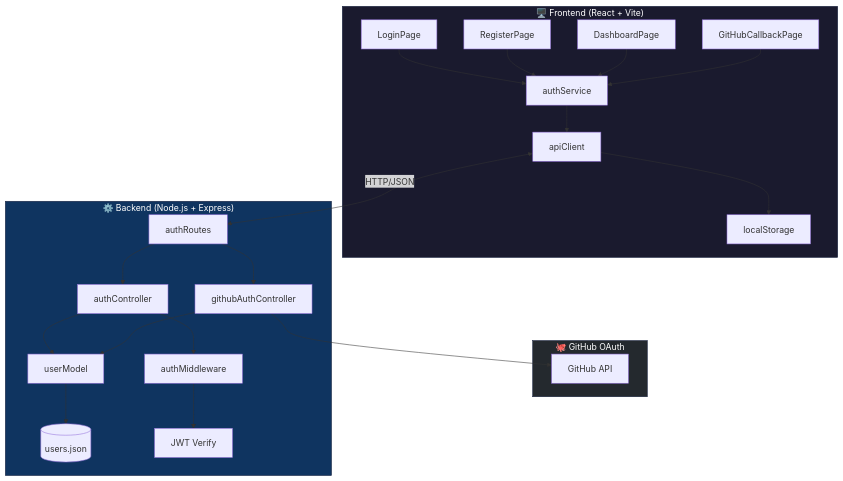
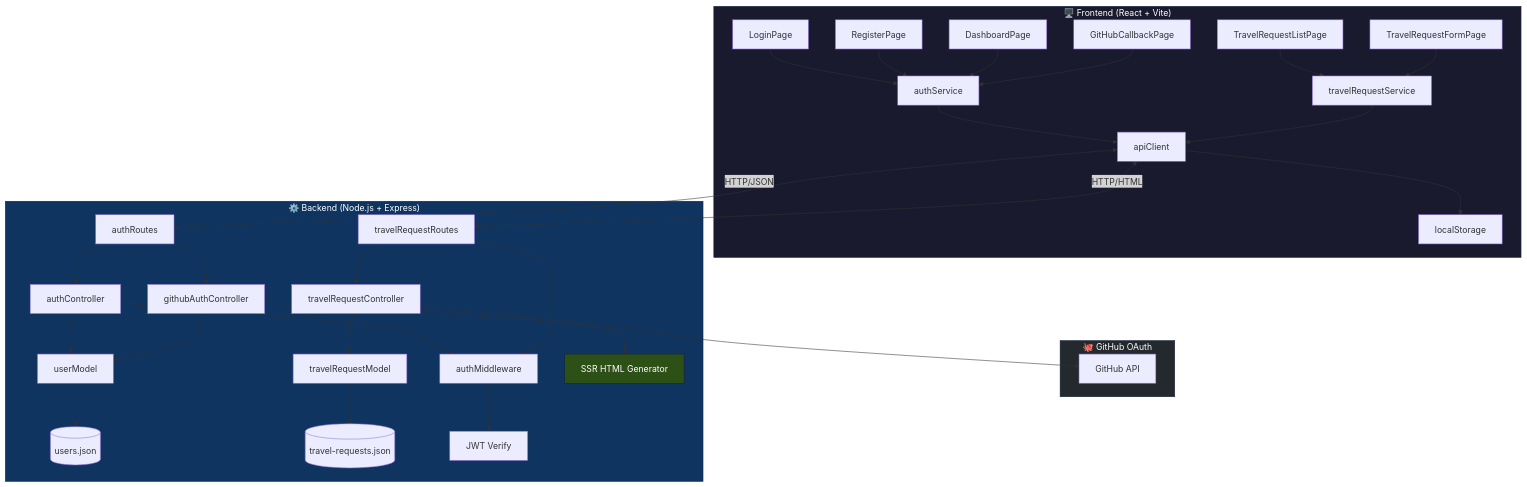
Before and after one commit to RodrigoSanchezDev/password-agencia-viajes-oeste-frontend-react-vite-auth: the first of 4 diagrams in README.md, drawn with Mermaid. The commit also changed other lines of this file and 25 other files, not shown here.

````diff
--- a/README.md
+++ b/README.md
@@ -82,32 +104,42 @@
 ```mermaid
 graph TB
     subgraph Cliente["🖥️ Frontend (React + Vite)"]
         A[LoginPage] --> B[authService]
         C[RegisterPage] --> B
         D[DashboardPage] --> B
         GH[GitHubCallbackPage] --> B
+        TR[TravelRequestListPage] --> TRS[travelRequestService]
+        TRF[TravelRequestFormPage] --> TRS
         B --> E[apiClient]
+        TRS --> E
         E --> F[localStorage]
     end
     
     subgraph OAuth["🐙 GitHub OAuth"]
         O[GitHub API]
     end
     
     subgraph Servidor["⚙️ Backend (Node.js + Express)"]
         G[authRoutes] --> H[authController]
         G --> HC[githubAuthController]
+        TRR[travelRequestRoutes] --> TRC[travelRequestController]
         H --> I[authMiddleware]
+        TRR --> I
         H --> J[userModel]
         HC --> J
+        TRC --> TRM[travelRequestModel]
         HC --> O
         J --> K[(users.json)]
+        TRM --> KT[(travel-requests.json)]
         I --> L[JWT Verify]
+        TRC --> SSR[SSR HTML Generator]
     end
     
     E <-->|HTTP/JSON| G
+    E <-->|HTTP/HTML| TRR
     
     style Cliente fill:#1a1a2e,stroke:#16213e,color:#fff
     style Servidor fill:#0f3460,stroke:#16213e,color:#fff
     style OAuth fill:#24292e,stroke:#16213e,color:#fff
+    style SSR fill:#2d5016,stroke:#16213e,color:#fff
 ```
````
